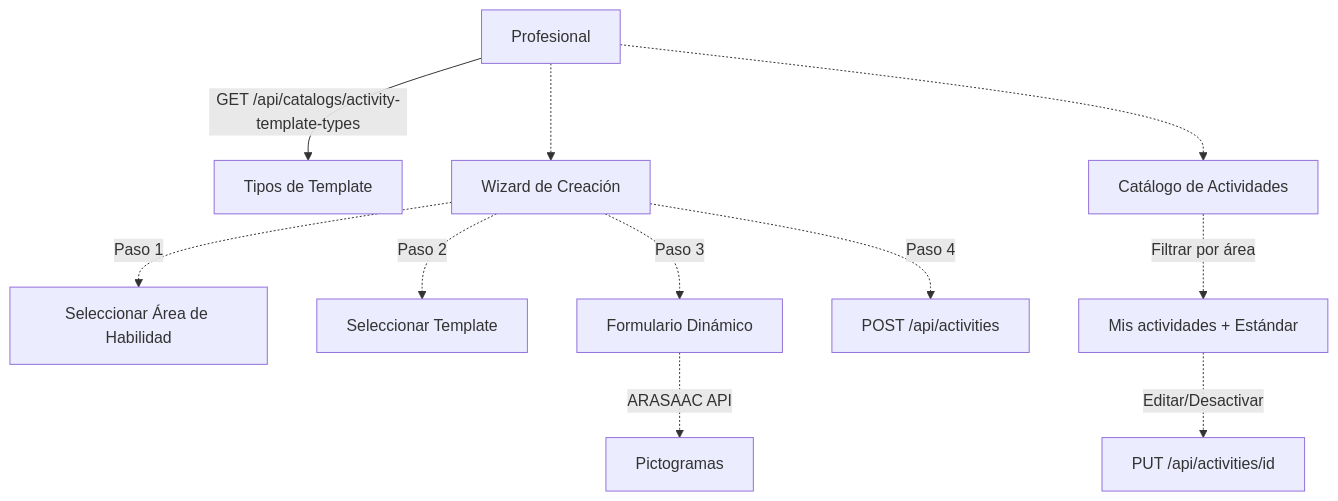
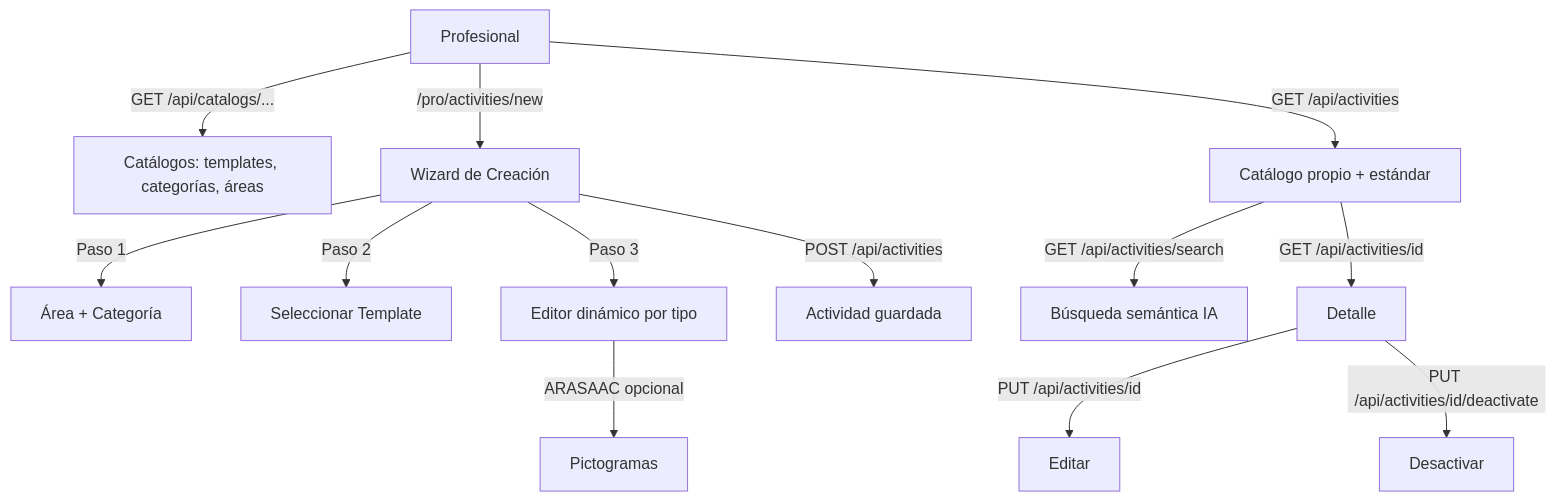
The diagram in Process/10-gestion-actividades.md (Sacha-html/InclusiON), drawn with Mermaid before and after one commit. The commit also changed other lines of this file and 4 other files, not shown here.

Commit message:
feat: update roadmap and reports documentation; enhance activity management process with new templates and semantic search capabilities

````diff
--- a/Process/10-gestion-actividades.md
+++ b/Process/10-gestion-actividades.md
@@ -40,16 +60,17 @@
 ```mermaid
 flowchart TD
-    PROF[Profesional] -->|GET /api/catalogs/activity-template-types| TMPL[Tipos de Template]
+    PROF[Profesional] -->|GET /api/catalogs/...| CAT[Catálogos: templates, categorías, áreas]
 
-    PROF -.-> WIZARD[Wizard de Creación]
-    WIZARD -.->|Paso 1| AREA[Seleccionar Área de Habilidad]
-    WIZARD -.->|Paso 2| SEL_T[Seleccionar Template]
-    WIZARD -.->|Paso 3| FORM[Formulario Dinámico]
-    FORM -.->|ARASAAC API| PICTO[Pictogramas]
-    WIZARD -.->|Paso 4| SAVE[POST /api/activities]
+    PROF -->|/pro/activities/new| WIZARD[Wizard de Creación]
+    WIZARD -->|Paso 1| AREA[Área + Categoría]
+    WIZARD -->|Paso 2| TMPL[Seleccionar Template]
+    WIZARD -->|Paso 3| FORM[Editor dinámico por tipo]
+    FORM -->|ARASAAC opcional| PICTO[Pictogramas]
+    WIZARD -->|POST /api/activities| SAVED[Actividad guardada]
 
-    PROF -.-> CAT[Catálogo de Actividades]
-    CAT -.->|Filtrar por área| LIST[Mis actividades + Estándar]
-    LIST -.->|Editar/Desactivar| EDIT[PUT /api/activities/id]
-
+    PROF -->|GET /api/activities| LIST[Catálogo propio + estándar]
+    LIST -->|GET /api/activities/search| SEARCH[Búsqueda semántica IA]
+    LIST -->|GET /api/activities/id| DET[Detalle]
+    DET -->|PUT /api/activities/id| EDIT[Editar]
+    DET -->|PUT /api/activities/id/deactivate| DEACT[Desactivar]
 ```
````
